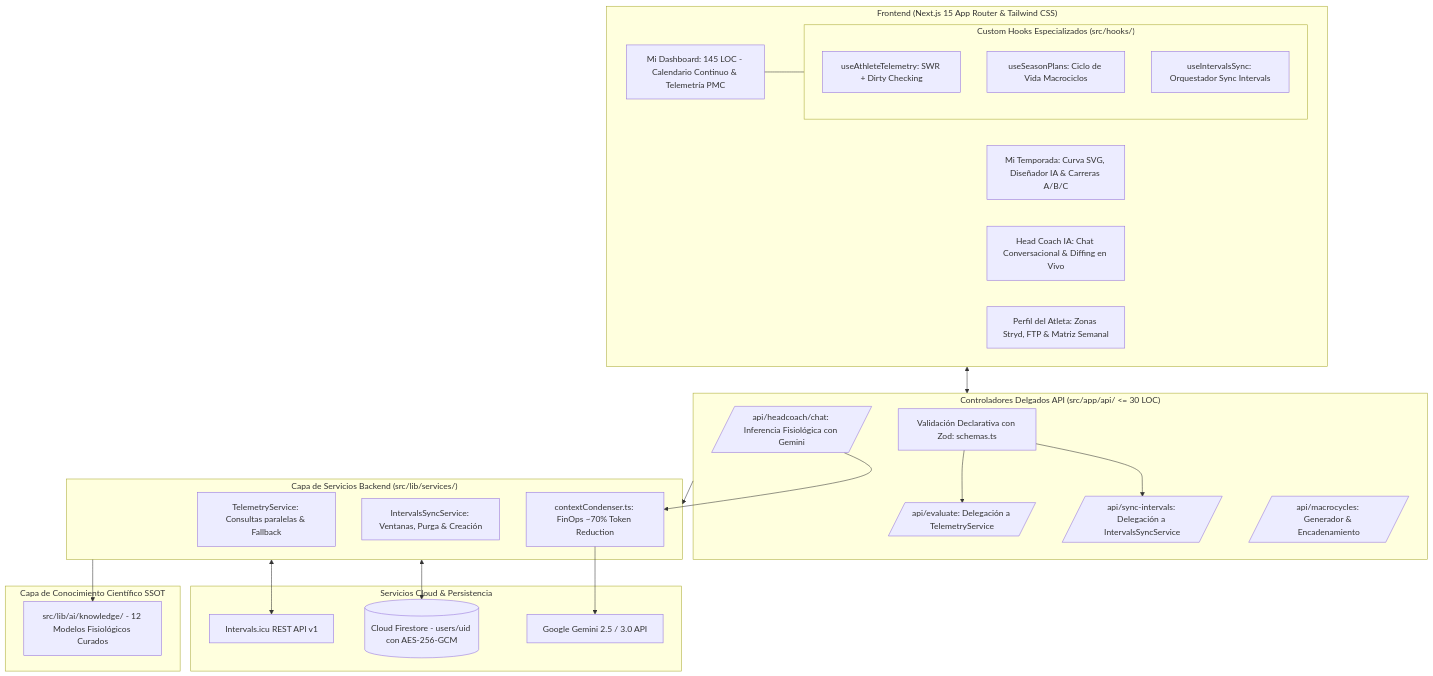
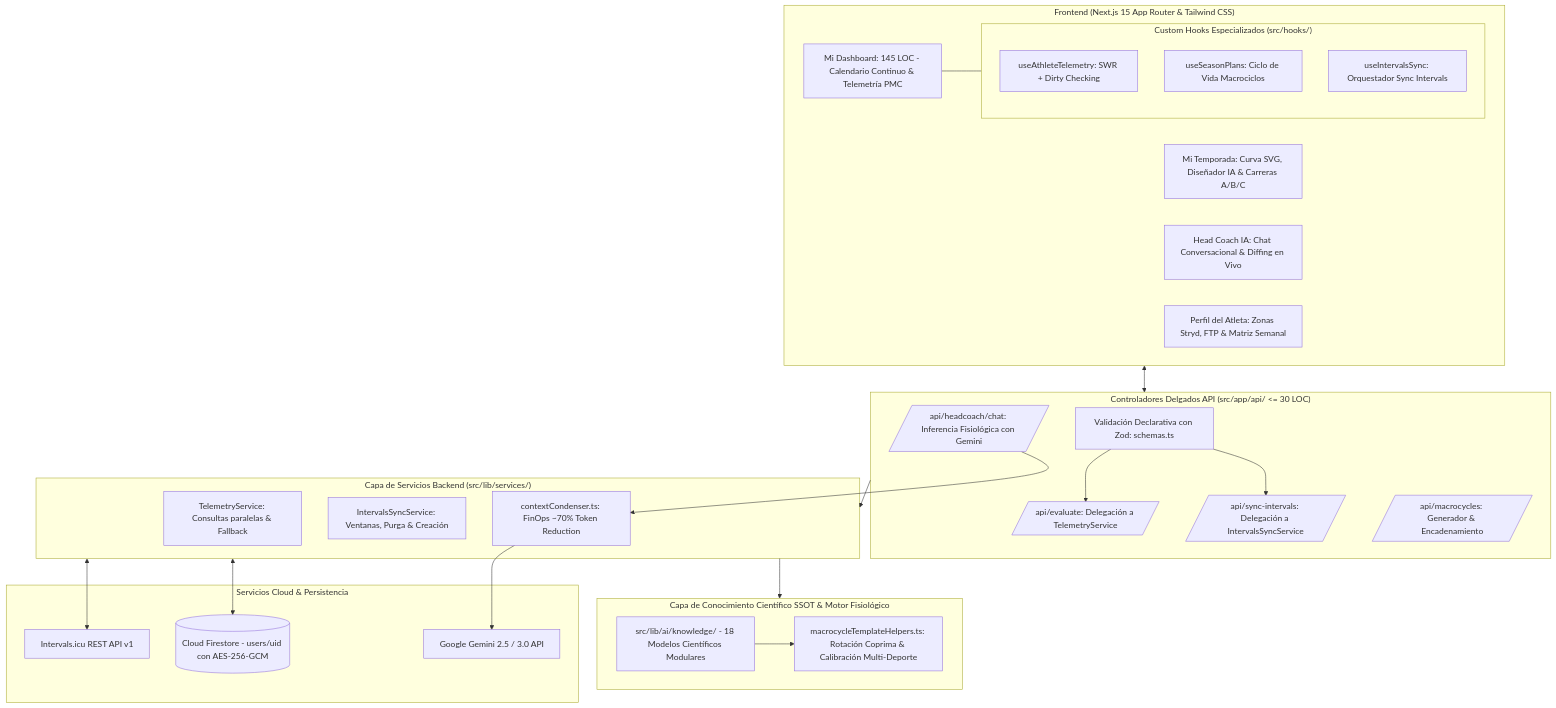
One commit to GEME80/Training-IA changed the diagram in README.md. Above: the diagram before and after it, drawn with Mermaid. The commit also changed other lines of this file and 2 other files, not shown here.

Commit message:
docs(architecture): update knowledge center (README, PROJECT_RULES, BACKLOG) to v3.36 without duplication

````diff
--- a/README.md
+++ b/README.md
@@ -22,49 +24,51 @@
 ```mermaid
 flowchart TD
     subgraph Frontend_App [" Frontend (Next.js 15 App Router & Tailwind CSS) "]
         DASH[Mi Dashboard: 145 LOC - Calendario Continuo & Telemetría PMC]
         SEAS[Mi Temporada: Curva SVG, Diseñador IA & Carreras A/B/C]
         COACH[Head Coach IA: Chat Conversacional & Diffing en Vivo]
         PROF[Perfil del Atleta: Zonas Stryd, FTP & Matriz Semanal]
         
         subgraph Hooks_Layer [" Custom Hooks Especializados (src/hooks/) "]
             H_TEL[useAthleteTelemetry: SWR + Dirty Checking]
             H_SEA[useSeasonPlans: Ciclo de Vida Macrociclos]
             H_SYN[useIntervalsSync: Orquestador Sync Intervals]
         end
         DASH --- Hooks_Layer
     end
 
     subgraph API_Layer [" Controladores Delgados API (src/app/api/ <= 30 LOC) "]
         ZOD[Validación Declarativa con Zod: schemas.ts]
         EVAL[/api/evaluate: Delegación a TelemetryService/]
         SYNC[/api/sync-intervals: Delegación a IntervalsSyncService/]
         MACRO[/api/macrocycles: Generador & Encadenamiento/]
         CHAT[/api/headcoach/chat: Inferencia Fisiológica con Gemini/]
         ZOD --> EVAL
         ZOD --> SYNC
     end
 
     subgraph Service_Layer [" Capa de Servicios Backend (src/lib/services/) "]
         TS[TelemetryService: Consultas paralelas & Fallback]
         IS[IntervalsSyncService: Ventanas, Purga & Creación]
         CC[contextCondenser.ts: FinOps ~70% Token Reduction]
     end
 
-    subgraph Knowledge_Layer [" Capa de Conocimiento Científico SSOT "]
-        KM[src/lib/ai/knowledge/ - 12 Modelos Fisiológicos Curados]
+    subgraph Knowledge_Layer [" Capa de Conocimiento Científico SSOT & Motor Fisiológico "]
+        KM[src/lib/ai/knowledge/ - 18 Modelos Científicos Modulares]
+        MTH[macrocycleTemplateHelpers.ts: Rotación Coprima & Calibración Multi-Deporte]
+        KM --> MTH
     end
 
     subgraph Cloud_Services [" Servicios Cloud & Persistencia "]
         INT[Intervals.icu REST API v1]
         FS[(Cloud Firestore - users/uid con AES-256-GCM)]
         GEM[Google Gemini 2.5 / 3.0 API]
     end
 
     Frontend_App <--> API_Layer
     API_Layer --> Service_Layer
-    Service_Layer --> KM
+    Service_Layer --> Knowledge_Layer
     Service_Layer <--> INT
     Service_Layer <--> FS
     CHAT --> CC --> GEM
 ```
````
